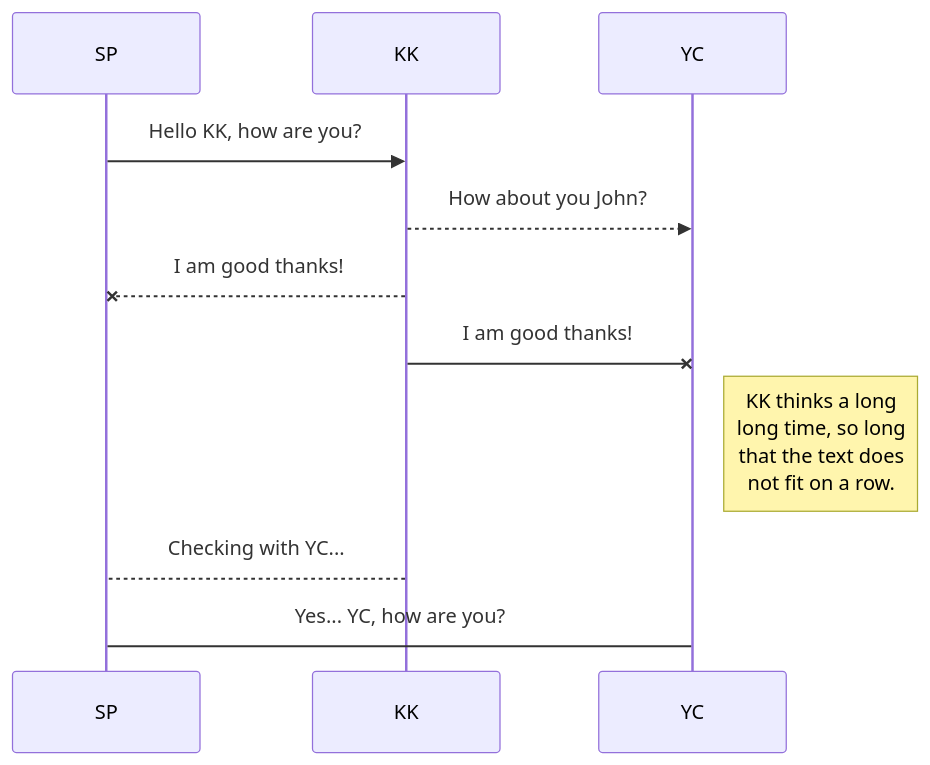
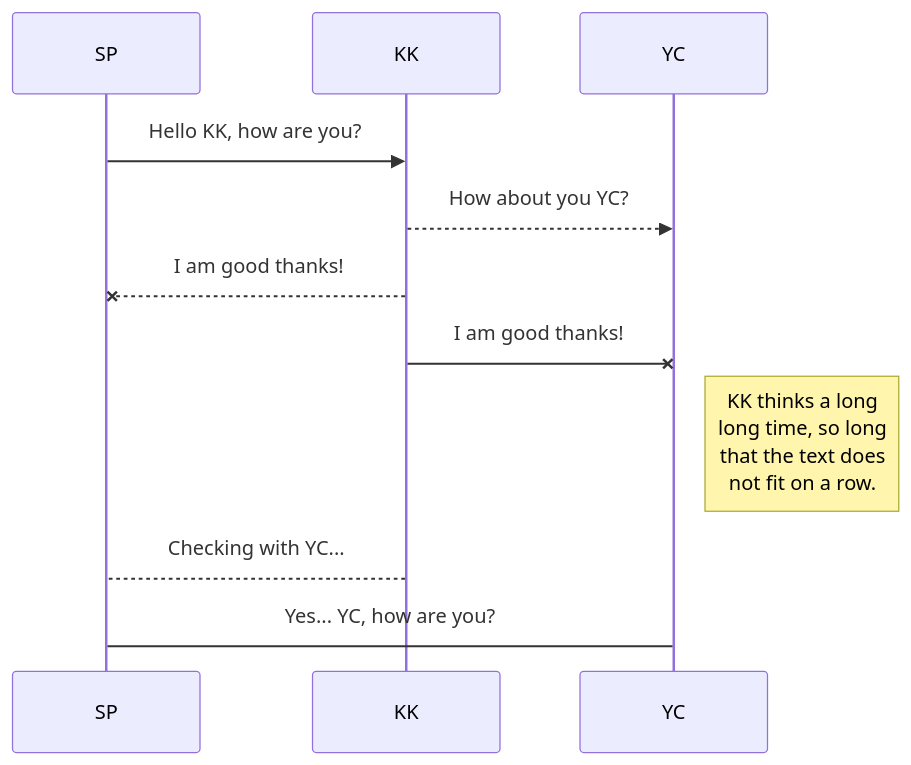
The first of 2 diagrams in exercise/HPDP/shinpearll/read.md (drshahizan/learn-github), drawn with Mermaid before and after one commit.

````diff
--- a/exercise/HPDP/shinpearll/read.md
+++ b/exercise/HPDP/shinpearll/read.md
@@ -43,11 +43,11 @@
 ```mermaid
 sequenceDiagram
 SP ->> KK: Hello KK, how are you?
-KK-->>YC: How about you John?
+KK-->>YC: How about you YC?
 KK--x SP: I am good thanks!
 KK-x YC: I am good thanks!
 Note right of YC: KK thinks a long<br/>long time, so long<br/>that the text does<br/>not fit on a row.
 
 KK-->SP: Checking with YC...
 SP->YC: Yes... YC, how are you?
 ```
````
